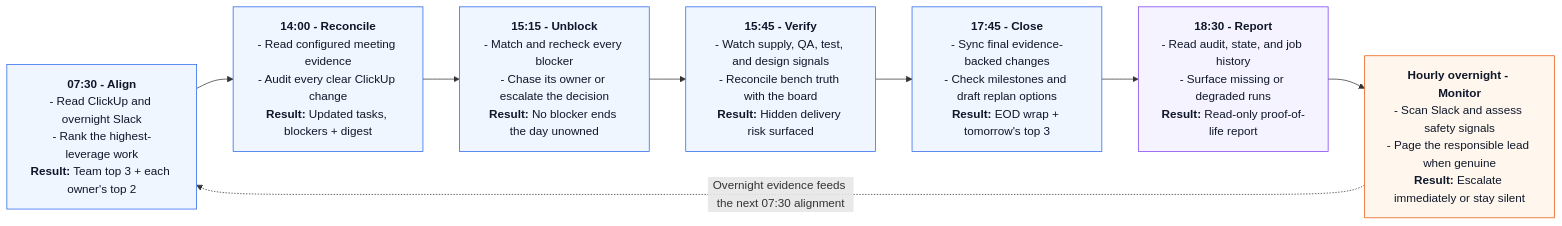
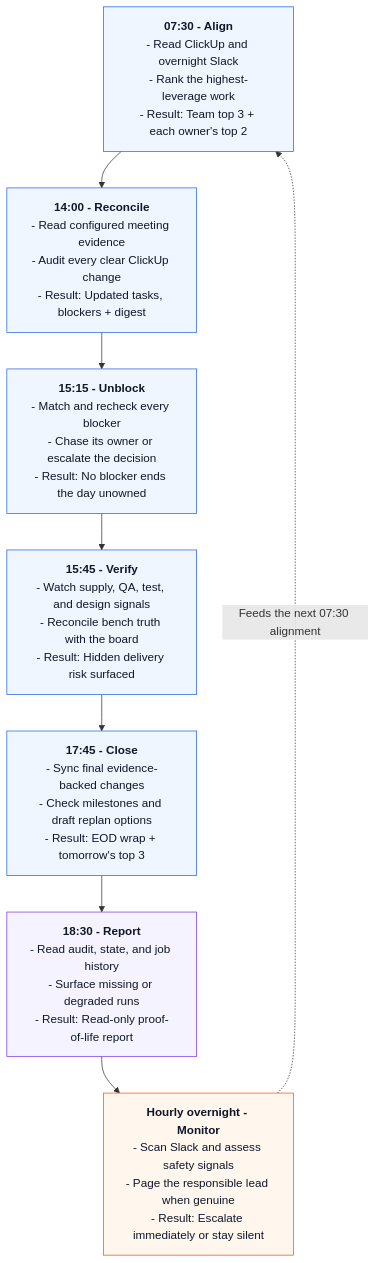
The diagram in README.md (Common-Vector-Robotics/captain), drawn with Mermaid before and after one commit.

Commit message:
docs: tighten Captain daily flowchart layout

````diff
--- a/README.md
+++ b/README.md
@@ -44,20 +44,41 @@
 ```mermaid
-flowchart LR
-    ALIGN["<b>07:30 - Align</b><br/>- Read ClickUp and overnight Slack<br/>- Rank the highest-leverage work<br/><b>Result:</b> Team top 3 + each owner's top 2"]
-    RECONCILE["<b>14:00 - Reconcile</b><br/>- Read configured meeting evidence<br/>- Audit every clear ClickUp change<br/><b>Result:</b> Updated tasks, blockers + digest"]
-    UNBLOCK["<b>15:15 - Unblock</b><br/>- Match and recheck every blocker<br/>- Chase its owner or escalate the decision<br/><b>Result:</b> No blocker ends the day unowned"]
-    VERIFY["<b>15:45 - Verify</b><br/>- Watch supply, QA, test, and design signals<br/>- Reconcile bench truth with the board<br/><b>Result:</b> Hidden delivery risk surfaced"]
-    CLOSE["<b>17:45 - Close</b><br/>- Sync final evidence-backed changes<br/>- Check milestones and draft replan options<br/><b>Result:</b> EOD wrap + tomorrow's top 3"]
-    REPORT["<b>18:30 - Report</b><br/>- Read audit, state, and job history<br/>- Surface missing or degraded runs<br/><b>Result:</b> Read-only proof-of-life report"]
-    MONITOR["<b>Hourly overnight - Monitor</b><br/>- Scan Slack and assess safety signals<br/>- Page the responsible lead when genuine<br/><b>Result:</b> Escalate immediately or stay silent"]
+flowchart TB
+    ALIGN["`**07:30 - Align**
+- Read ClickUp and overnight Slack
+- Rank the highest-leverage work
+- Result: Team top 3 + each owner's top 2`"]
+    RECONCILE["`**14:00 - Reconcile**
+- Read configured meeting evidence
+- Audit every clear ClickUp change
+- Result: Updated tasks, blockers + digest`"]
+    UNBLOCK["`**15:15 - Unblock**
+- Match and recheck every blocker
+- Chase its owner or escalate the decision
+- Result: No blocker ends the day unowned`"]
+    VERIFY["`**15:45 - Verify**
+- Watch supply, QA, test, and design signals
+- Reconcile bench truth with the board
+- Result: Hidden delivery risk surfaced`"]
+    CLOSE["`**17:45 - Close**
+- Sync final evidence-backed changes
+- Check milestones and draft replan options
+- Result: EOD wrap + tomorrow's top 3`"]
+    REPORT["`**18:30 - Report**
+- Read audit, state, and job history
+- Surface missing or degraded runs
+- Result: Read-only proof-of-life report`"]
+    MONITOR["`**Hourly overnight - Monitor**
+- Scan Slack and assess safety signals
+- Page the responsible lead when genuine
+- Result: Escalate immediately or stay silent`"]
 
     ALIGN --> RECONCILE --> UNBLOCK --> VERIFY --> CLOSE --> REPORT --> MONITOR
-    MONITOR -. "Overnight evidence feeds the next 07:30 alignment" .-> ALIGN
+    MONITOR -. "Feeds the next 07:30 alignment" .-> ALIGN
 
     classDef weekday fill:#eff6ff,stroke:#2563eb,color:#0f172a
     classDef daily fill:#f5f3ff,stroke:#7c3aed,color:#0f172a
     classDef hourly fill:#fff7ed,stroke:#ea580c,color:#0f172a
     class ALIGN,RECONCILE,UNBLOCK,VERIFY,CLOSE weekday
     class REPORT daily
     class MONITOR hourly
 ```
````
